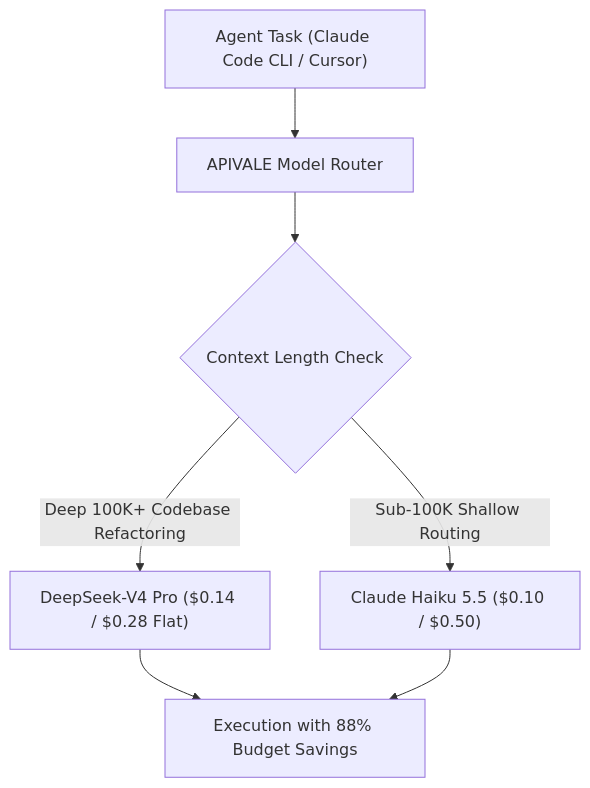
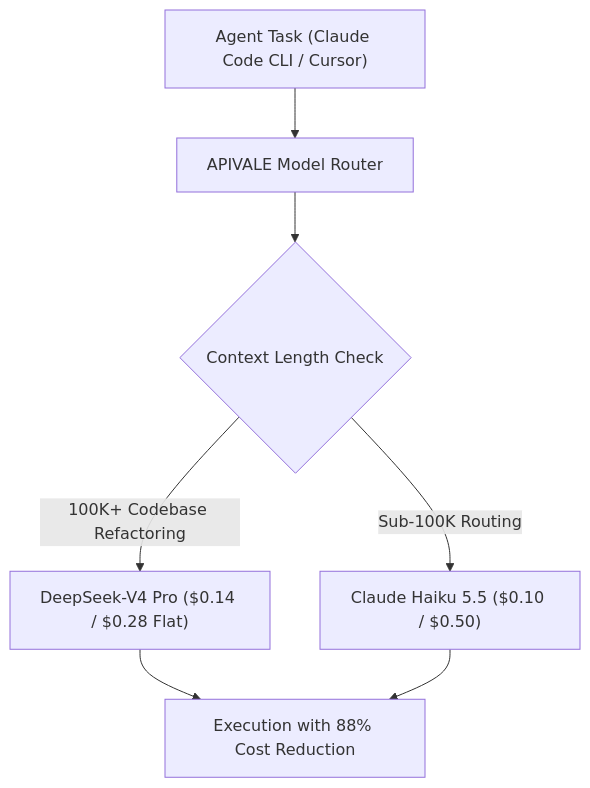
One commit to bshx2024/apivel_blog changed the diagram in src/content/blog/claude-haiku-5-5-pricing-alternatives-guide.md. Above: the diagram before and after it, drawn with Mermaid. The commit also changed other lines of this file and 4 other files, not shown here.

Commit message:
fix(seo): refine Claude Haiku 5.5 title to match Trends breakout, purge 0 20 noise, and trim word count

````diff
--- a/src/content/blog/claude-haiku-5-5-pricing-alternatives-guide.md
+++ b/src/content/blog/claude-haiku-5-5-pricing-alternatives-guide.md
@@ -62,9 +62,9 @@
 ```mermaid
 graph TD
     Client["Agent Task (Claude Code CLI / Cursor)"] --> Gateway["APIVALE Model Router"]
     Gateway --> ContextCheck{"Context Length Check"}
-    ContextCheck -->|"Sub-100K Shallow Routing"| HaikuRoute["Claude Haiku 5.5 ($0.10 / $0.50)"]
-    ContextCheck -->|"Deep 100K+ Codebase Refactoring"| DeepSeekRoute["DeepSeek-V4 Pro ($0.14 / $0.28 Flat)"]
-    DeepSeekRoute --> Exec["Execution with 88% Budget Savings"]
+    ContextCheck -->|"Sub-100K Routing"| HaikuRoute["Claude Haiku 5.5 ($0.10 / $0.50)"]
+    ContextCheck -->|"100K+ Codebase Refactoring"| DeepSeekRoute["DeepSeek-V4 Pro ($0.14 / $0.28 Flat)"]
+    DeepSeekRoute --> Exec["Execution with 88% Cost Reduction"]
     HaikuRoute --> Exec
 ```
````
